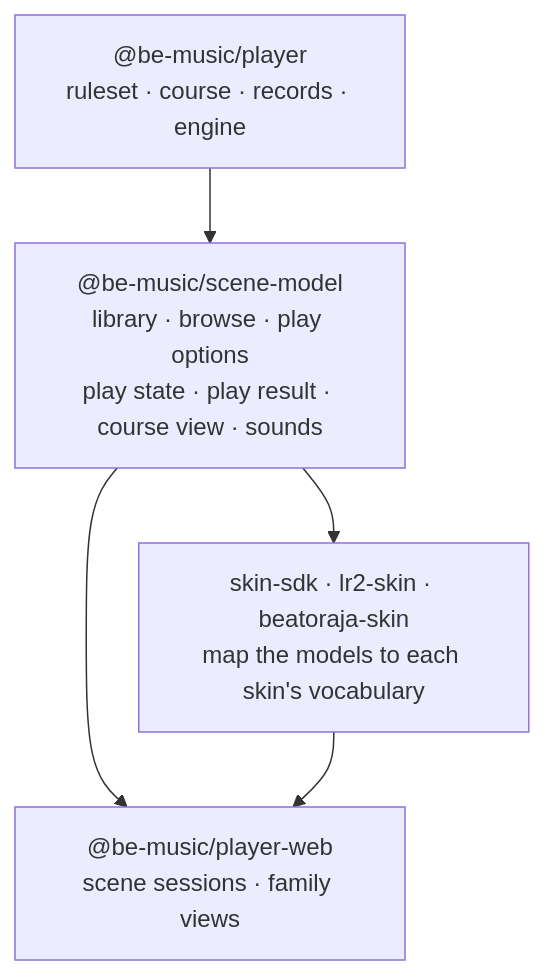
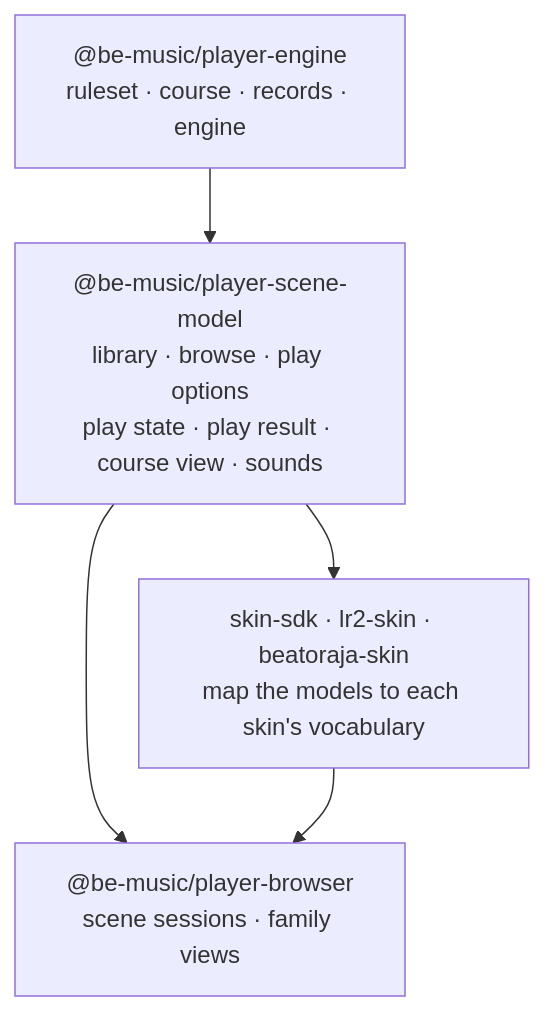
The first of 3 diagrams in docs/scene-model.md (nulltask/be-music), drawn with Mermaid before and after one commit. The commit also changed other lines of this file and 2542 other files, not shown here.

````diff
--- a/docs/scene-model.md
+++ b/docs/scene-model.md
@@ -11,12 +11,12 @@
 ```mermaid
 flowchart TD
-  player["@be-music/player<br/>ruleset · course · records · engine"]
-  model["@be-music/scene-model<br/>library · browse · play options<br/>play state · play result · course view · sounds"]
+  player["@be-music/player-engine<br/>ruleset · course · records · engine"]
+  model["@be-music/player-scene-model<br/>library · browse · play options<br/>play state · play result · course view · sounds"]
   skins["skin-sdk · lr2-skin · beatoraja-skin<br/>map the models to each skin's vocabulary"]
-  sessions["@be-music/player-web<br/>scene sessions · family views"]
+  sessions["@be-music/player-browser<br/>scene sessions · family views"]
 
   player --> model
   model --> skins
   model --> sessions
   skins --> sessions
 ```
````
